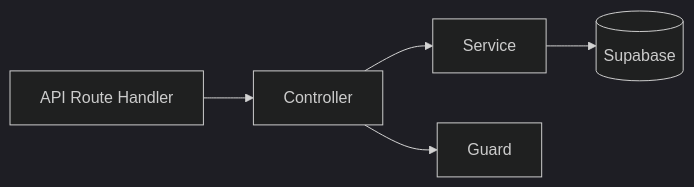
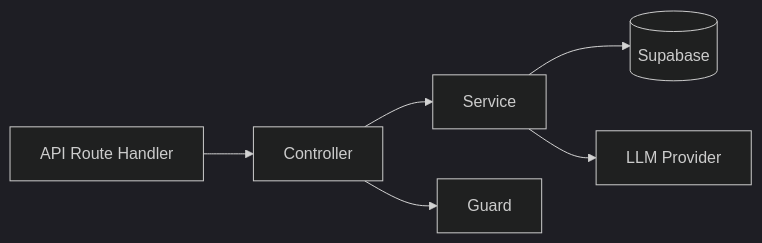
Before and after one commit to logyQT/studiq: the second of 4 diagrams in docs/architecture.md, drawn with Mermaid (dark theme). The commit also changed other lines of this file and 8 other files, not shown here.

````diff
--- a/docs/architecture.md
+++ b/docs/architecture.md
@@ -61,7 +66,8 @@
 ```mermaid
 graph LR
     Route[API Route Handler] --> Controller[Controller]
     Controller --> Service[Service]
     Service --> DB[(Supabase)]
     Controller --> Guard[Guard]
+    Service --> Provider[LLM Provider]
 ```
````
